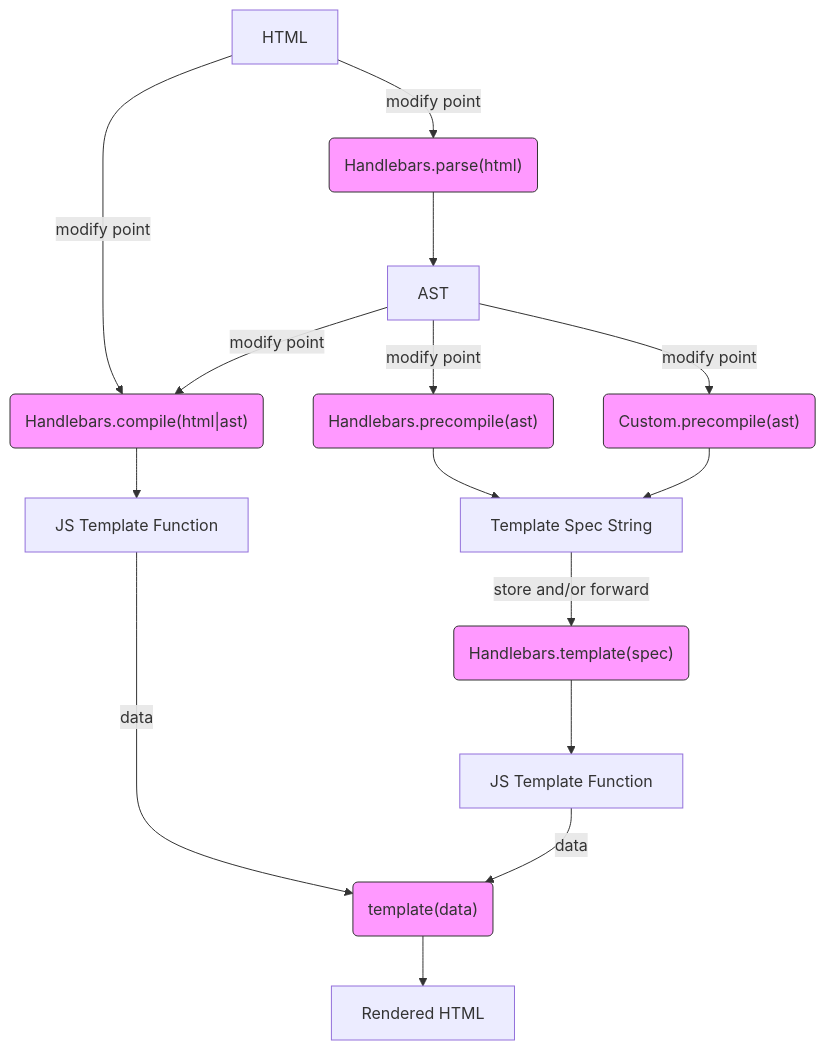
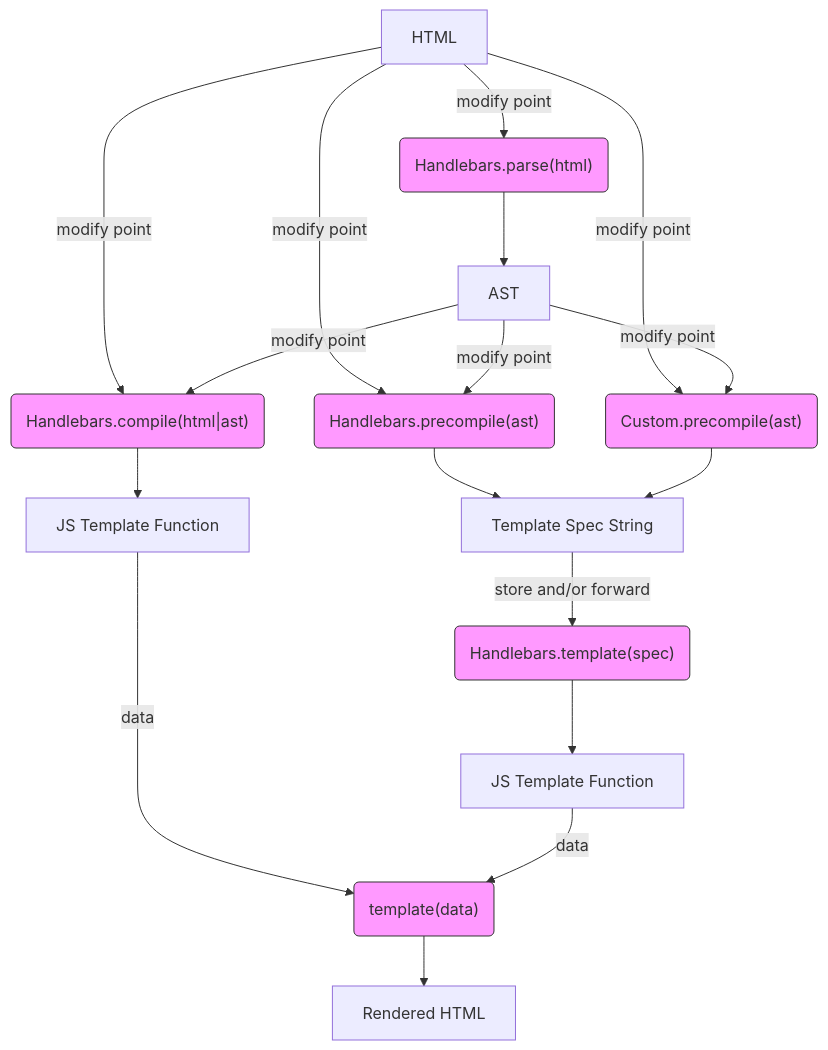
One commit to dhollenbeck/handlebars-internals changed the diagram in docs/diagrams/workflow.md. Above: the diagram before and after it, drawn with Mermaid. The commit also changed other lines of this file and 3 other files, not shown here.

Commit message:
updated diagram

````diff
--- a/docs/diagrams/workflow.md
+++ b/docs/diagrams/workflow.md
@@ -5,28 +5,27 @@
 ```mermaid
 graph TD
 HTML --> |modify point|fncCompile
+HTML --> |modify point|fncPrecompile
+HTML --> |modify point|fncPrecompileCustom
 HTML -->|modify point|fncParse("Handlebars.parse(html)")
 fncParse --> AST
 AST -->|modify point|fncCompile("Handlebars.compile(html|ast)")
 AST -->|modify point|fncPrecompile("Handlebars.precompile(ast)")
 AST -->|modify point|fncPrecompileCustom("Custom.precompile(ast)")
 fncCompile --> F[JS Template Function]
 F --> |data|fncTemplate("template(data)")
 fncPrecompile --> G[Template Spec String]
 fncPrecompileCustom --> G[Template Spec String]
 G -->|store and/or forward|fncRevive("Handlebars.template(spec)")
 fncRevive -->J[JS Template Function]
 J --> |data|fncTemplate("template(data)")
 fncTemplate -->RHTML[Rendered HTML]
 
 classDef fncStyle fill:#f9f,stroke:#333,stroke-width:1px;
 class fncParse fncStyle;
 class fncCompile fncStyle;
 class fncPrecompile fncStyle;
 class fncPrecompileCustom fncStyle;
 class fncRevive fncStyle;
 class fncTemplate fncStyle;
-
-
-
 ```
````
